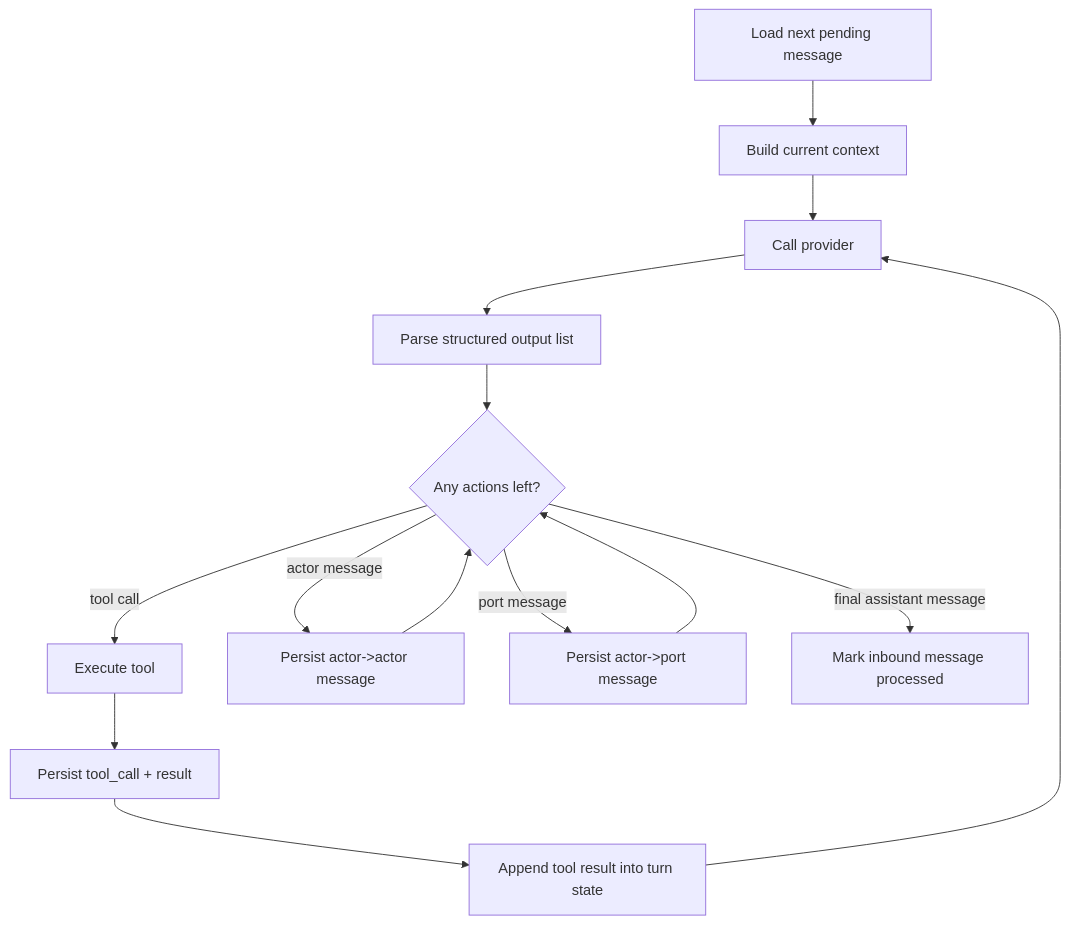
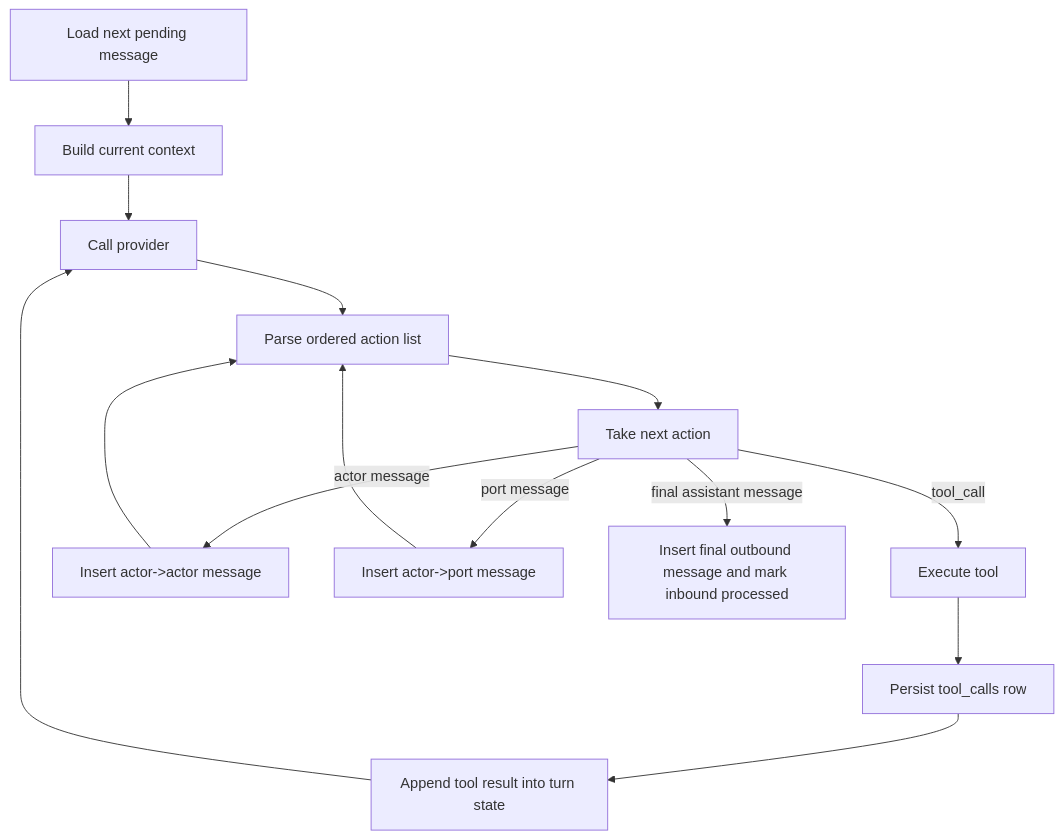
One commit to leostera/agents changed the fourth of 5 diagrams in docs/rfds/RFD0033-system-snapshot-v0.1.md. Above: the diagram before and after it, drawn with Mermaid. The commit also changed other lines of this file, not shown here.

````diff
--- a/docs/rfds/RFD0033-system-snapshot-v0.1.md
+++ b/docs/rfds/RFD0033-system-snapshot-v0.1.md
@@ -271,16 +321,16 @@
 ```mermaid
 flowchart TD
     START[Load next pending message] --> BUILD[Build current context]
     BUILD --> LLM[Call provider]
-    LLM --> OUT[Parse structured output list]
-    OUT --> CHECK{Any actions left?}
-    CHECK -->|tool call| TOOL[Execute tool]
-    TOOL --> TOOLREC[Persist tool_call + result]
+    LLM --> ACTIONS[Parse ordered action list]
+    ACTIONS --> NEXT[Take next action]
+    NEXT -->|tool_call| TOOL[Execute tool]
+    TOOL --> TOOLREC[Persist tool_calls row]
     TOOLREC --> FEED[Append tool result into turn state]
     FEED --> LLM
-    CHECK -->|actor message| ACTMSG[Persist actor->actor message]
-    ACTMSG --> CHECK
-    CHECK -->|port message| PORTMSG[Persist actor->port message]
-    PORTMSG --> CHECK
-    CHECK -->|final assistant message| DONE[Mark inbound message processed]
+    NEXT -->|actor message| ACTMSG[Insert actor->actor message]
+    ACTMSG --> ACTIONS
+    NEXT -->|port message| PORTMSG[Insert actor->port message]
+    PORTMSG --> ACTIONS
+    NEXT -->|final assistant message| DONE[Insert final outbound message and mark inbound processed]
 ```
````
